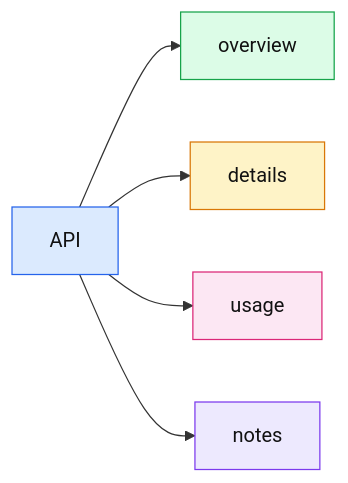
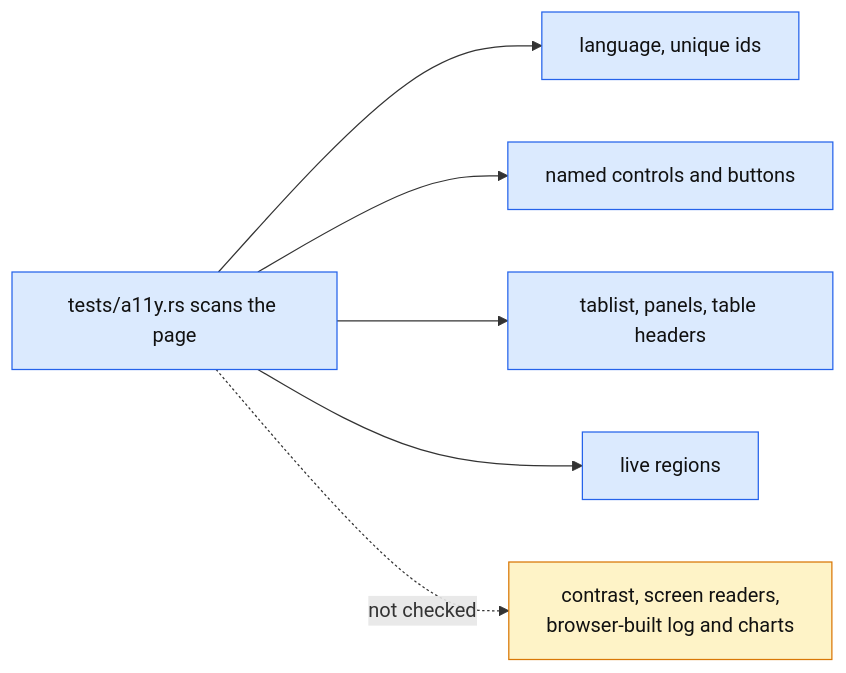
Before and after one commit to thomascherickal/ferrum-gpu: diagram 16 of 21 in docs/gui.md, drawn with Mermaid. The commit also changed other lines of this file and 4 other files, not shown here.

First line of the commit message:
docs: hand-drawn data-flow diagrams for the readme, architecture and GUI pages

````diff
--- a/docs/gui.md
+++ b/docs/gui.md
@@ -180,13 +283,13 @@
 ```mermaid
 flowchart LR
-    a["API"]:::root
-    a --> n0["overview"]:::c0
-    a --> n1["details"]:::c1
-    a --> n2["usage"]:::c2
-    a --> n3["notes"]:::c3
-    classDef root fill:#dbeafe,stroke:#2563eb,color:#111
-    classDef c0 fill:#dcfce7,stroke:#16a34a,color:#111
-    classDef c1 fill:#fef3c7,stroke:#d97706,color:#111
-    classDef c2 fill:#fce7f3,stroke:#db2777,color:#111
-    classDef c3 fill:#ede9fe,stroke:#7c3aed,color:#111
+    a11["tests/a11y.rs scans the page"]:::core --> c1["language, unique ids"]:::core
+    a11 --> c2["named controls and buttons"]:::core
+    a11 --> c3["tablist, panels, table headers"]:::core
+    a11 --> c4["live regions"]:::core
+    a11 -. "not checked" .-> nc["contrast, screen readers,<br/>browser-built log and charts"]:::cpu
+    classDef core fill:#dbeafe,stroke:#2563eb,color:#111
+    classDef gpu fill:#dcfce7,stroke:#16a34a,color:#111
+    classDef cpu fill:#fef3c7,stroke:#d97706,color:#111
+    classDef io fill:#fce7f3,stroke:#db2777,color:#111
+    classDef host fill:#ede9fe,stroke:#7c3aed,color:#111
 ```
````
